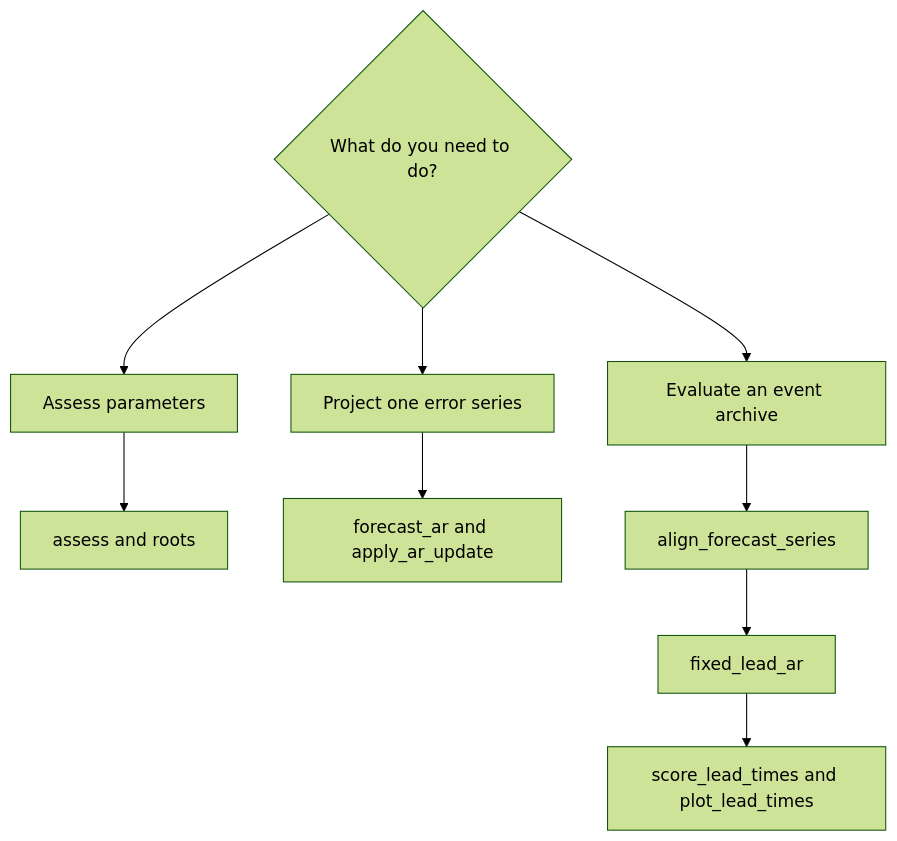
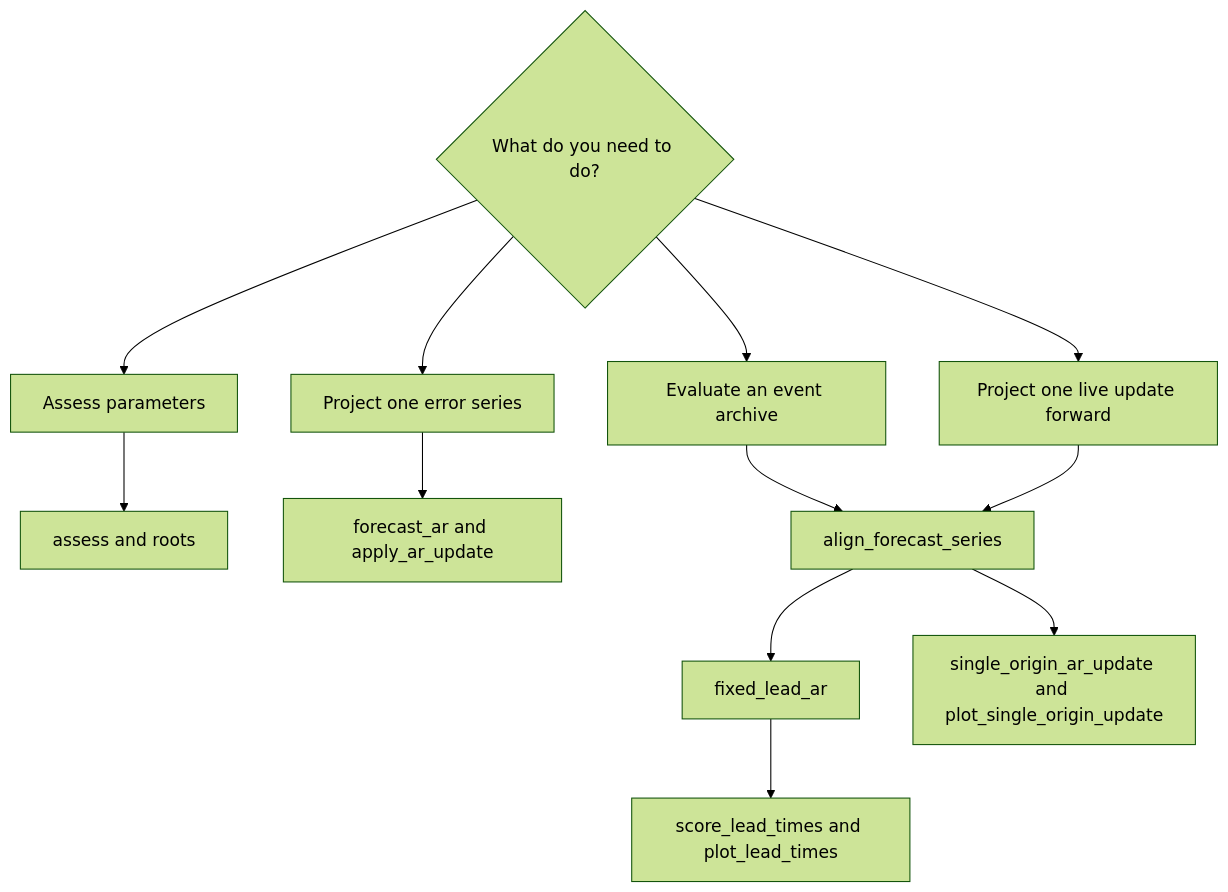
The diagram in docs/articles/using-reach-postproc.md (JonPayneEA/reach.postproc), drawn with Mermaid (forest theme) before and after one commit. The commit also changed other lines of this file and 63 other files, not shown here.

````diff
--- a/docs/articles/using-reach-postproc.md
+++ b/docs/articles/using-reach-postproc.md
@@ -12,16 +12,19 @@
 ``` mermaid
 flowchart TD
     A{What do you need to do?}
     B[Assess parameters]
     C[Project one error series]
     D[Evaluate an event archive]
+    J[Project one live update forward]
     E[assess and roots]
     F[forecast_ar and apply_ar_update]
     G[align_forecast_series]
     H[fixed_lead_ar]
     I[score_lead_times and plot_lead_times]
+    K[single_origin_ar_update and plot_single_origin_update]
 
     A --> B --> E
     A --> C --> F
     A --> D --> G --> H --> I
+    A --> J --> G --> K
 ```
````
